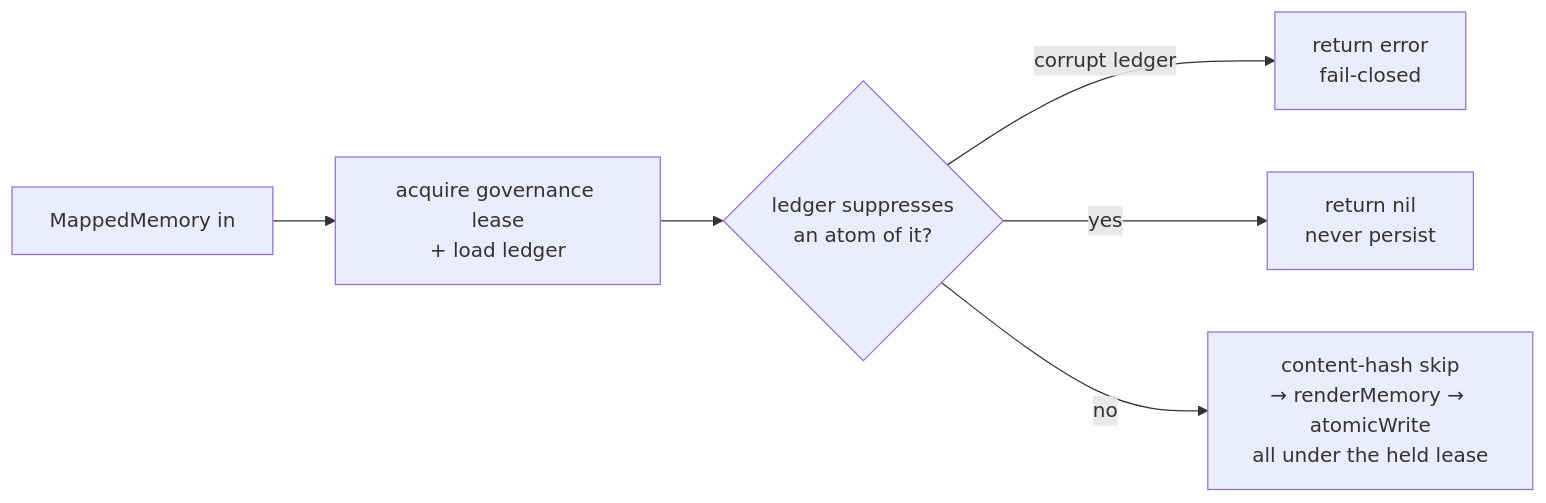
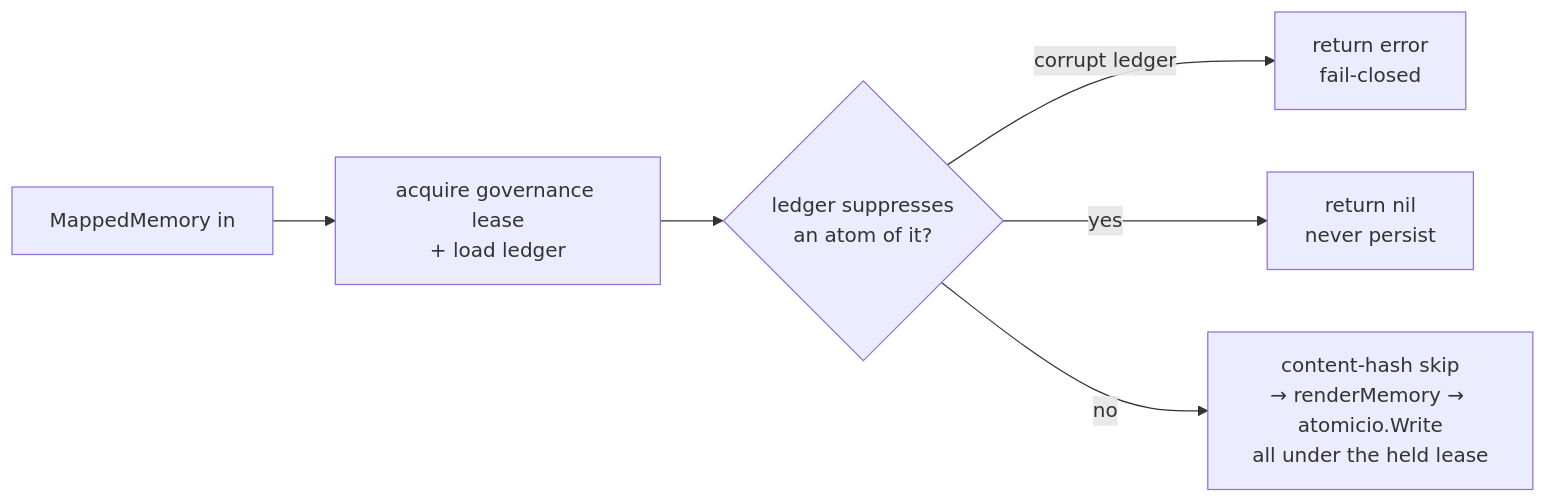
Before and after one commit to pyranthus-hq/mora: the diagram in docs/architecture/17-governance-ledger.md, drawn with Mermaid. The commit also changed other lines of this file and 112 other files, not shown here.

````diff
--- a/docs/architecture/17-governance-ledger.md
+++ b/docs/architecture/17-governance-ledger.md
@@ -50,8 +50,8 @@
 ```mermaid
 flowchart LR
     MM[MappedMemory in] --> L[acquire governance lease<br/>+ load ledger]
     L --> G{ledger suppresses<br/>an atom of it?}
     G -->|corrupt ledger| ERR[return error<br/>fail-closed]
     G -->|yes| SKIP[return nil<br/>never persist]
-    G -->|no| W[content-hash skip<br/>→ renderMemory → atomicWrite<br/>all under the held lease]
+    G -->|no| W[content-hash skip<br/>→ renderMemory → atomicio.Write<br/>all under the held lease]
 ```
````
